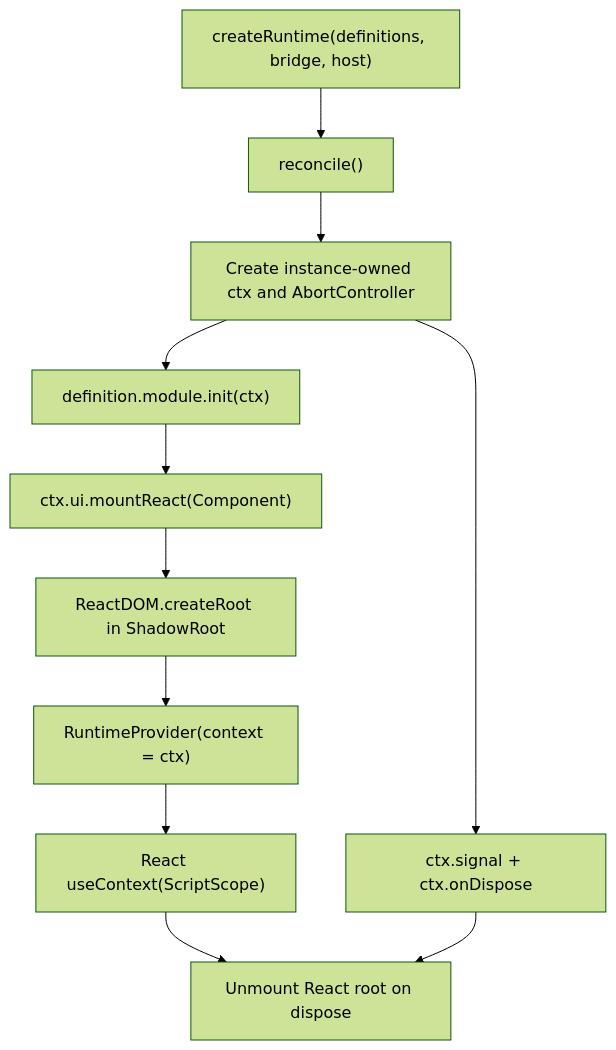
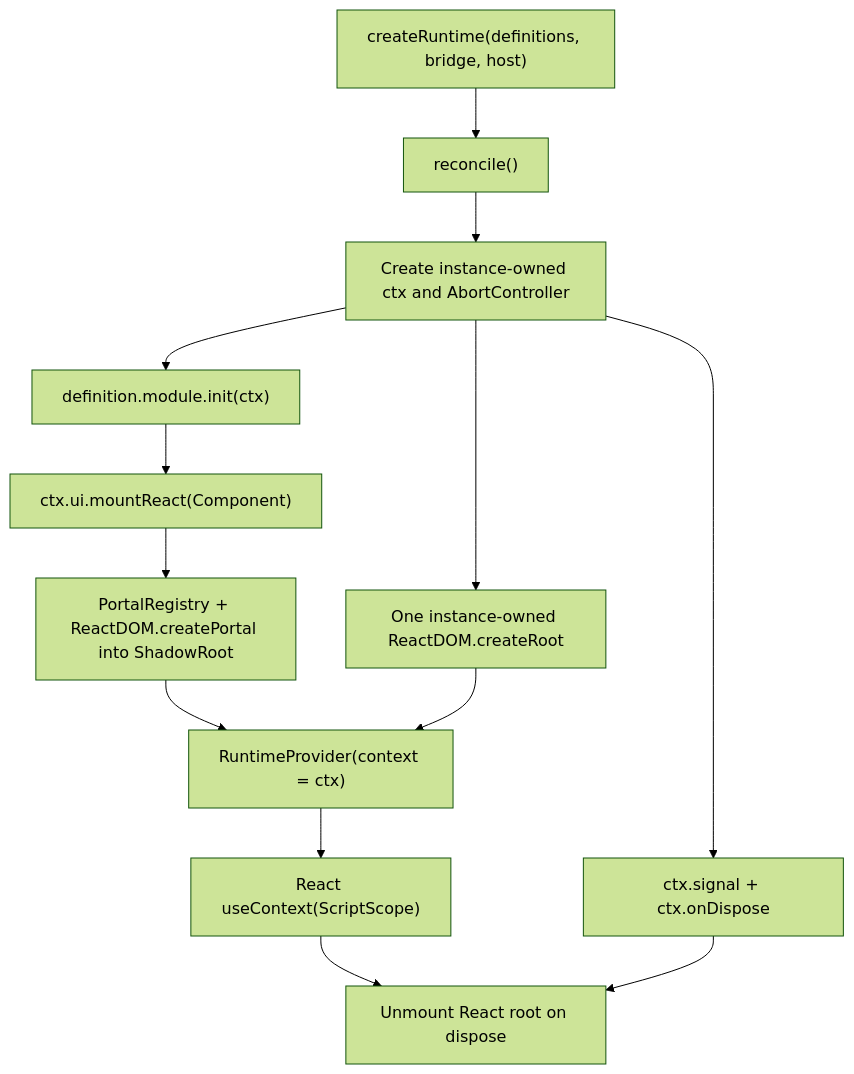
One commit to rodkisten/userscripts-cf changed the diagram in docs/react-only-migration.md. Above: the diagram before and after it, drawn with Mermaid (forest theme). The commit also changed other lines of this file, not shown here.

Commit message:
docs: align React migration workboard with single-root portals ADR

````diff
--- a/docs/react-only-migration.md
+++ b/docs/react-only-migration.md
@@ -34,13 +36,15 @@
 ```mermaid
 flowchart TD
   A["createRuntime(definitions, bridge, host)"] --> B["reconcile()"]
   B --> C["Create instance-owned ctx and AbortController"]
   C --> D["definition.module.init(ctx)"]
   D --> E["ctx.ui.mountReact(Component)"]
-  E --> F["ReactDOM.createRoot in ShadowRoot"]
+  E --> F["PortalRegistry + ReactDOM.createPortal into ShadowRoot"]
   F --> G["RuntimeProvider(context = ctx)"]
   G --> H["React useContext(ScriptScope)"]
   C --> I["ctx.signal + ctx.onDispose"]
+  C --> R["One instance-owned ReactDOM.createRoot"]
+  R --> G
   H --> J["Unmount React root on dispose"]
   I --> J
 ```
````
